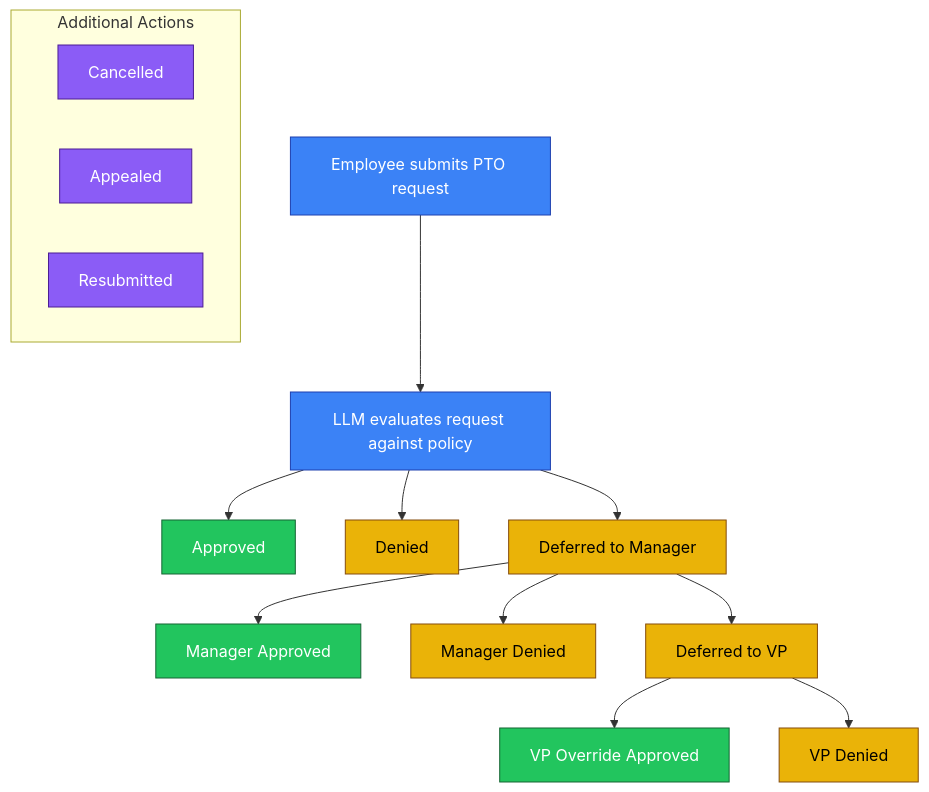
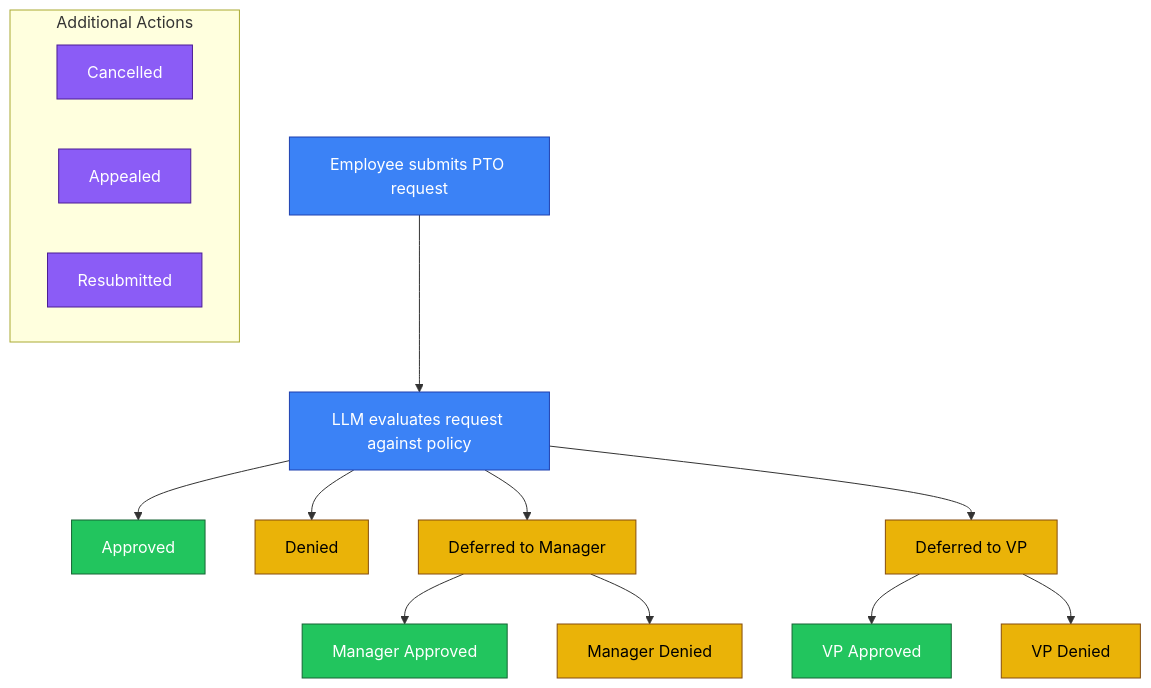
One commit to achiwa912/agnt3 changed the second of 2 diagrams in README.org. Above: the diagram before and after it, drawn with Mermaid.

Commit message:
Corrected diagram README

```diff
--- a/README.org
+++ b/README.org
@@ -130,35 +130,35 @@
 #+BEGIN_SRC mermaid
 flowchart TD
     Start[Employee submits PTO request] 
     --> LLM[LLM evaluates request against policy]
 
     LLM --> Approved[Approved]
     LLM --> Denied[Denied]
     LLM --> DeferredManager[Deferred to Manager]
+    LLM --> DeferredVP[Deferred to VP]
     
     DeferredManager --> ManagerApproved[Manager Approved]
     DeferredManager --> ManagerDenied[Manager Denied]
-    DeferredManager --> DeferredVP[Deferred to VP]
     
-    DeferredVP --> VPApproved[VP Override Approved]
+    DeferredVP --> VPApproved[VP Approved]
     DeferredVP --> VPDenied[VP Denied]
 
     %% Additional actions
     subgraph ExtraActions["Additional Actions"]
         Cancelled[Cancelled]
         Appealed[Appealed]
         Resubmitted[Resubmitted]
     end
 
-    %% Notes
+    %% Styling
     classDef process fill:#3b82f6,stroke:#1e40af,color:white
     classDef decision fill:#eab308,stroke:#854d0e,color:black
     classDef final fill:#22c55e,stroke:#166534,color:white
     classDef extra fill:#8b5cf6,stroke:#4c1d95,color:white
 
     class Start,LLM process
     class Approved,ManagerApproved,VPApproved final
     class Denied,ManagerDenied,VPDenied decision
     class DeferredManager,DeferredVP decision
     class Cancelled,Appealed,Resubmitted extra
 #+END_SRC
```
